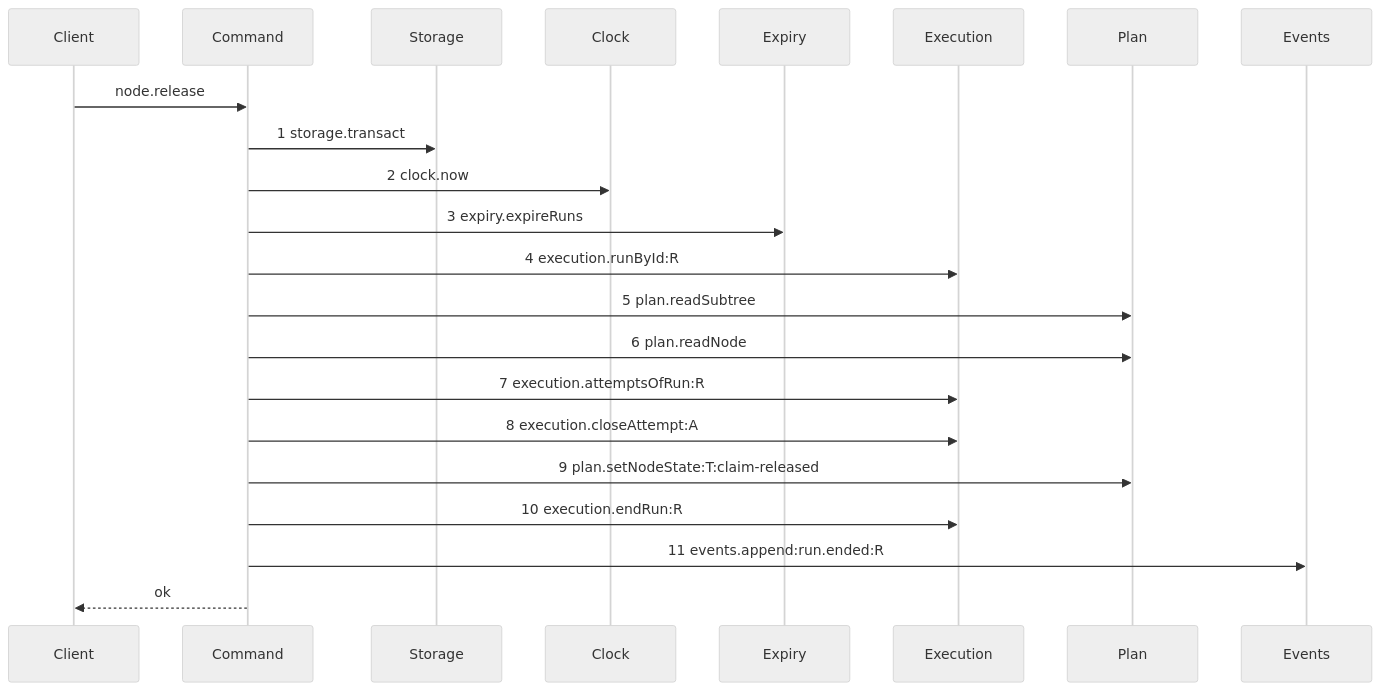
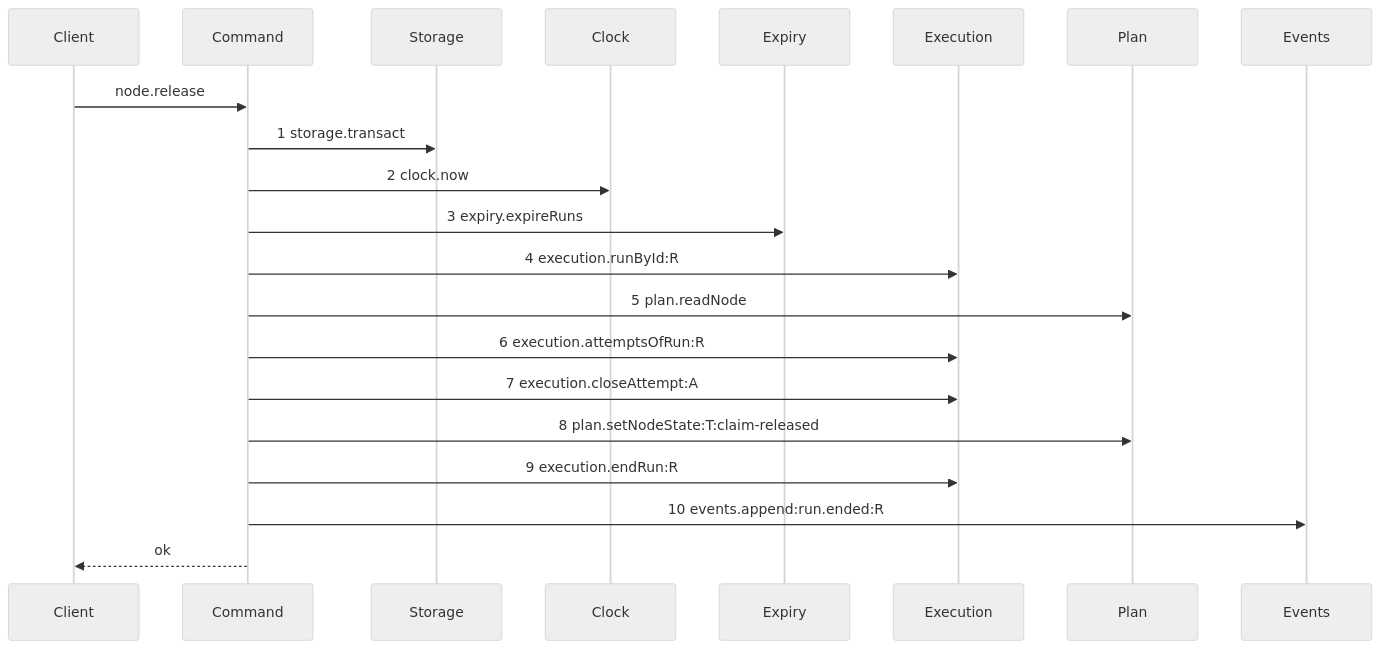
One commit to kanthorlabs/kanthord-engine changed the diagram in .agents/plan/stories/050.4-the-node-lease-removal/05-the-release-drops-the-lease.md. Above: the diagram before and after it, drawn with Mermaid (neutral theme). The commit also changed other lines of this file and 150 other files, not shown here.

````diff
--- a/.agents/plan/stories/050.4-the-node-lease-removal/05-the-release-drops-the-lease.md
+++ b/.agents/plan/stories/050.4-the-node-lease-removal/05-the-release-drops-the-lease.md
@@ -38,24 +38,23 @@
 ```mermaid
 sequenceDiagram
     participant Client
     participant Command
     participant Storage
     participant Clock
     participant Expiry
     participant Execution
     participant Plan
     participant Events
     Client->>Command: node.release
     Command->>Storage: 1 storage.transact
     Command->>Clock: 2 clock.now
     Command->>Expiry: 3 expiry.expireRuns
     Command->>Execution: 4 execution.runById:R
-    Command->>Plan: 5 plan.readSubtree
-    Command->>Plan: 6 plan.readNode
-    Command->>Execution: 7 execution.attemptsOfRun:R
-    Command->>Execution: 8 execution.closeAttempt:A
-    Command->>Plan: 9 plan.setNodeState:T:claim-released
-    Command->>Execution: 10 execution.endRun:R
-    Command->>Events: 11 events.append:run.ended:R
+    Command->>Plan: 5 plan.readNode
+    Command->>Execution: 6 execution.attemptsOfRun:R
+    Command->>Execution: 7 execution.closeAttempt:A
+    Command->>Plan: 8 plan.setNodeState:T:claim-released
+    Command->>Execution: 9 execution.endRun:R
+    Command->>Events: 10 events.append:run.ended:R
     Command-->>Client: ok
 ```
````
